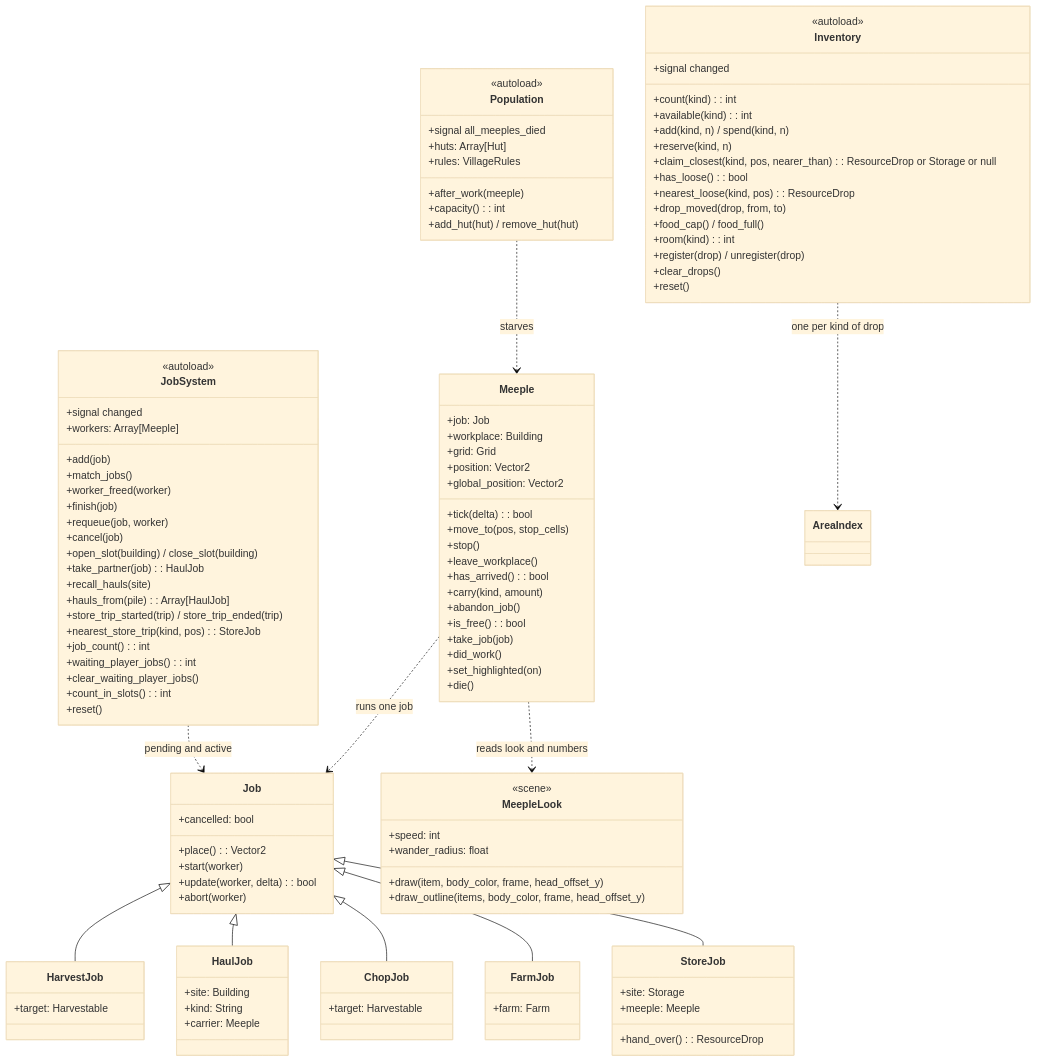
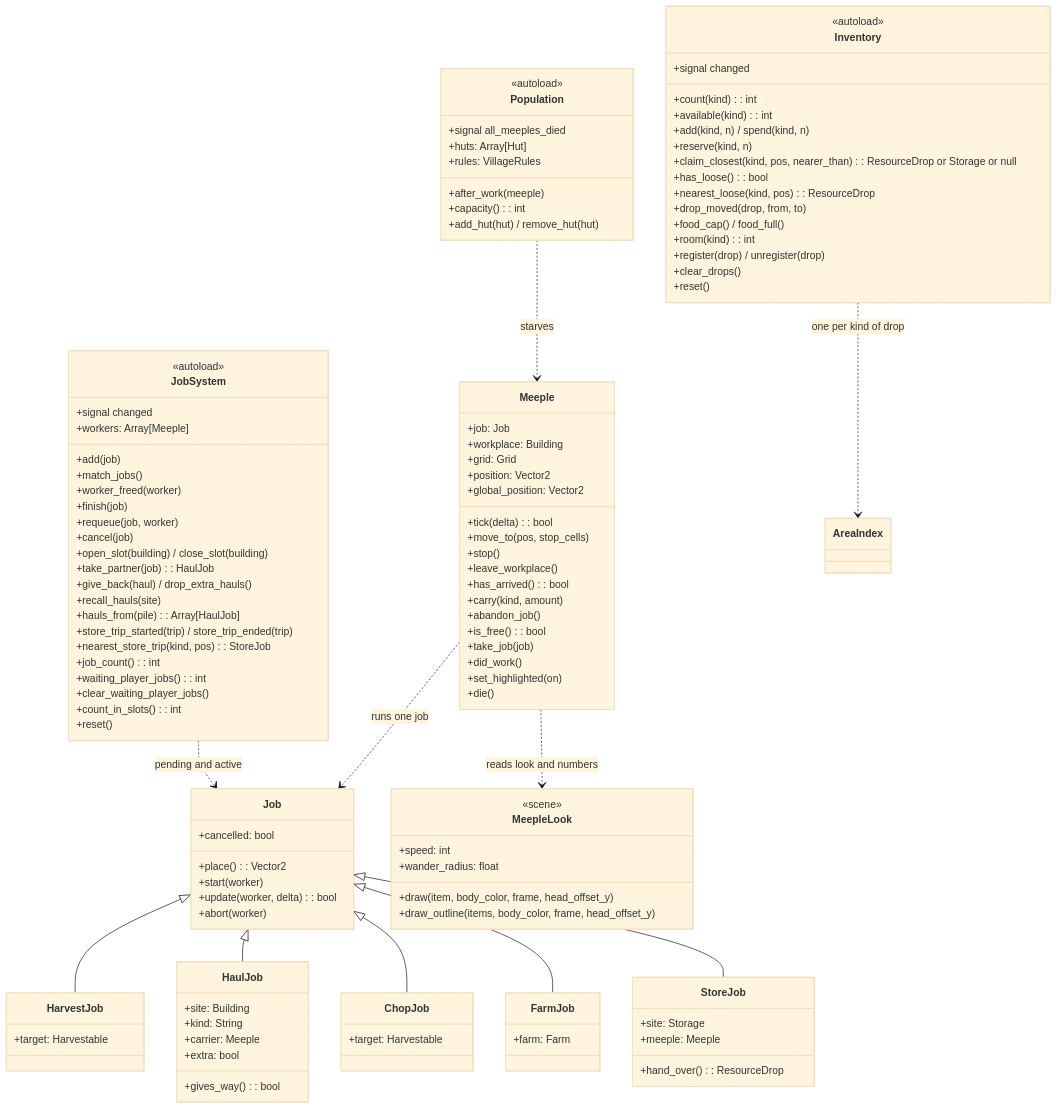
Before and after one commit to Liam-M-Mays/game-jam-2026: the tenth of 11 diagrams in docs/architecture.md, drawn with Mermaid (base theme). The commit also changed other lines of this file and 5 other files, not shown here.

```diff
--- a/docs/architecture.md
+++ b/docs/architecture.md
@@ -637,6 +639,7 @@
         +cancel(job)
         +open_slot(building) / close_slot(building)
         +take_partner(job): HaulJob
+        +give_back(haul) / drop_extra_hauls()
         +recall_hauls(site)
         +hauls_from(pile): Array[HaulJob]
         +store_trip_started(trip) / store_trip_ended(trip)
@@ -713,6 +716,8 @@
         +site: Building
         +kind: String
         +carrier: Meeple
+        +extra: bool
+        +gives_way(): bool
     }
     class ChopJob {
         +target: Harvestable
```
